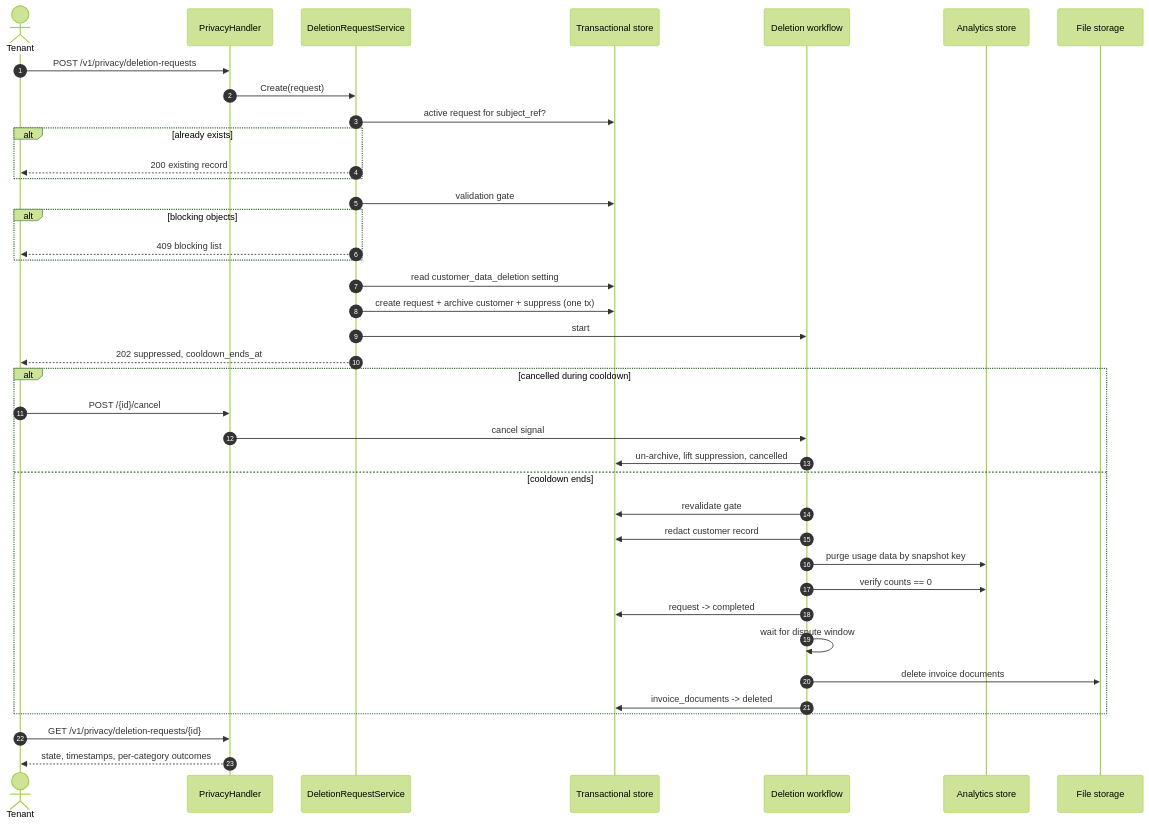
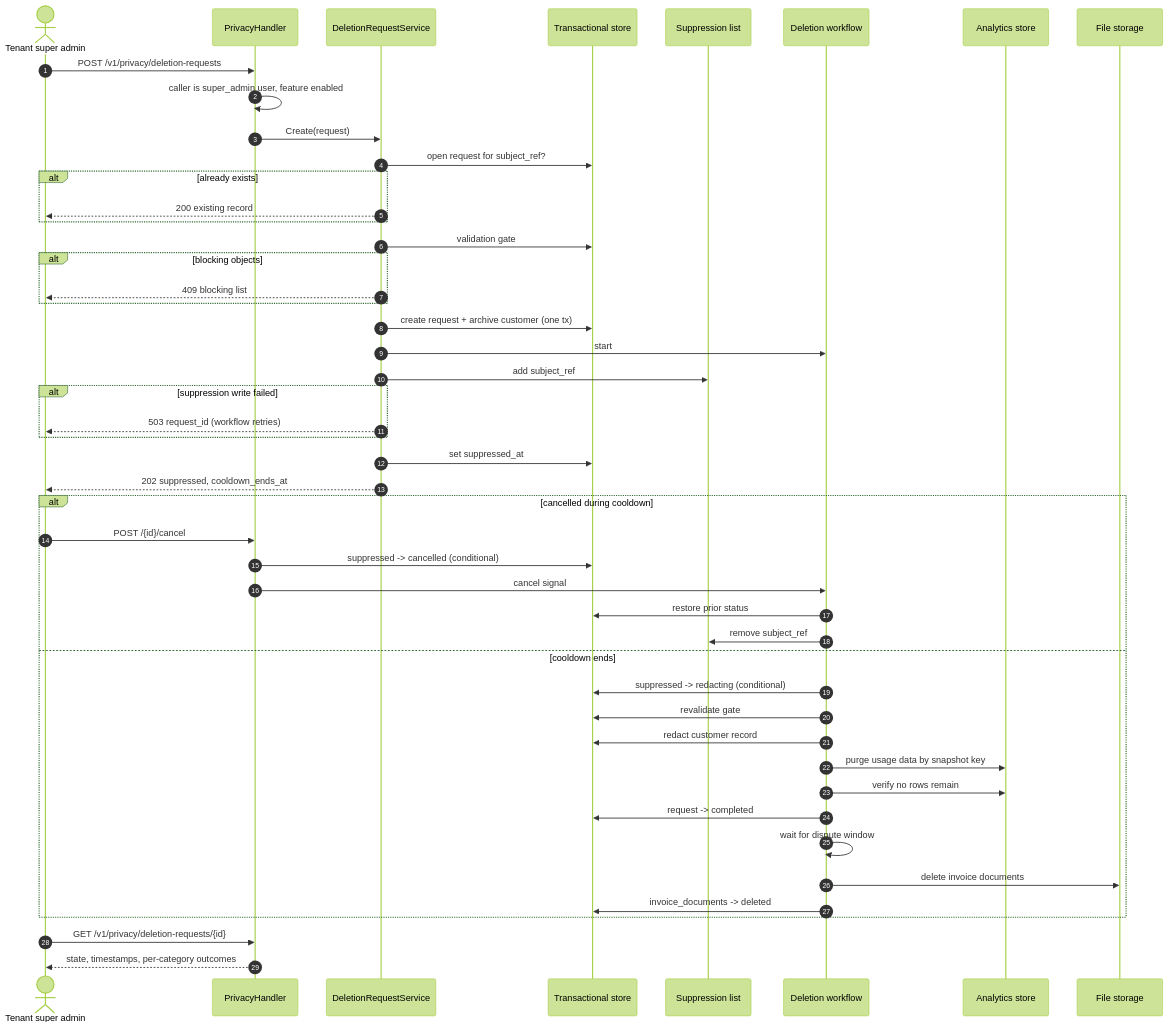
Before and after one commit to flexprice/flexprice: the diagram in docs/design/2026-10-06-customer-data-deletion.md, drawn with Mermaid (forest theme). The commit also changed other lines of this file, not shown here.

Commit message:
docs: address review on customer data deletion PRD

````diff
--- a/docs/design/2026-10-06-customer-data-deletion.md
+++ b/docs/design/2026-10-06-customer-data-deletion.md
@@ -244,44 +277,53 @@
 ```mermaid
 sequenceDiagram
     autonumber
-    actor T as Tenant
+    actor T as Tenant super admin
     participant API as PrivacyHandler
     participant SVC as DeletionRequestService
     participant PG as Transactional store
+    participant SL as Suppression list
     participant WF as Deletion workflow
     participant AN as Analytics store
     participant FS as File storage
 
     T->>API: POST /v1/privacy/deletion-requests
+    API->>API: caller is super_admin user, feature enabled
     API->>SVC: Create(request)
-    SVC->>PG: active request for subject_ref?
+    SVC->>PG: open request for subject_ref?
     alt already exists
         SVC-->>T: 200 existing record
     end
     SVC->>PG: validation gate
     alt blocking objects
         SVC-->>T: 409 blocking list
     end
-    SVC->>PG: read customer_data_deletion setting
-    SVC->>PG: create request + archive customer + suppress (one tx)
+    SVC->>PG: create request + archive customer (one tx)
     SVC->>WF: start
+    SVC->>SL: add subject_ref
+    alt suppression write failed
+        SVC-->>T: 503 request_id (workflow retries)
+    end
+    SVC->>PG: set suppressed_at
     SVC-->>T: 202 suppressed, cooldown_ends_at
 
     alt cancelled during cooldown
         T->>API: POST /{id}/cancel
+        API->>PG: suppressed -> cancelled (conditional)
         API->>WF: cancel signal
-        WF->>PG: un-archive, lift suppression, cancelled
+        WF->>PG: restore prior status
+        WF->>SL: remove subject_ref
     else cooldown ends
+        WF->>PG: suppressed -> redacting (conditional)
         WF->>PG: revalidate gate
         WF->>PG: redact customer record
         WF->>AN: purge usage data by snapshot key
-        WF->>AN: verify counts == 0
+        WF->>AN: verify no rows remain
         WF->>PG: request -> completed
         WF->>WF: wait for dispute window
         WF->>FS: delete invoice documents
         WF->>PG: invoice_documents -> deleted
     end
 
     T->>API: GET /v1/privacy/deletion-requests/{id}
     API-->>T: state, timestamps, per-category outcomes
 ```
````
